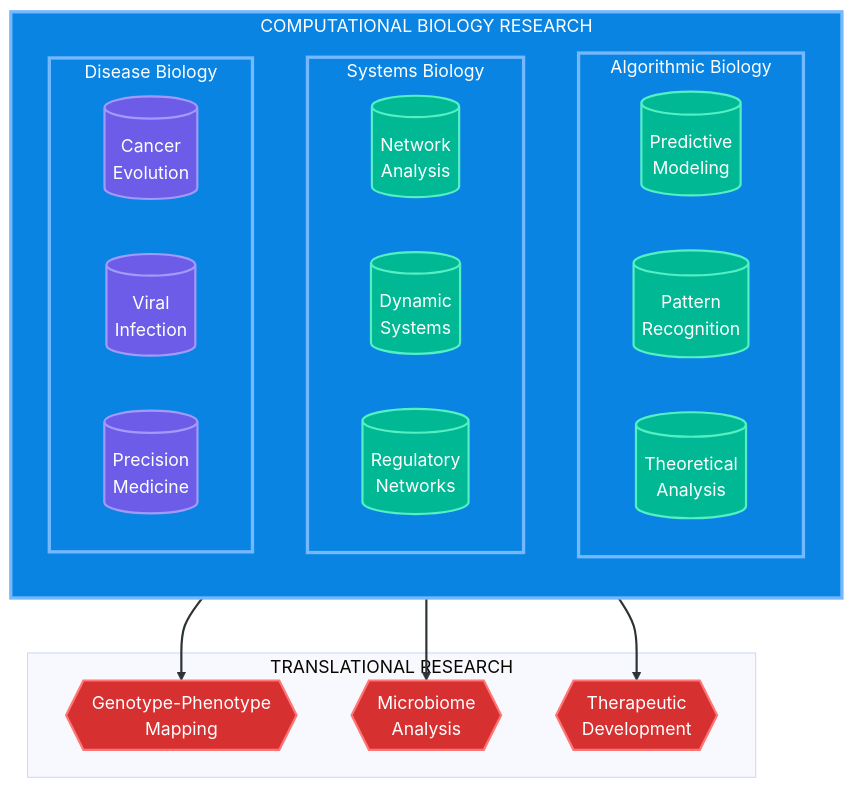
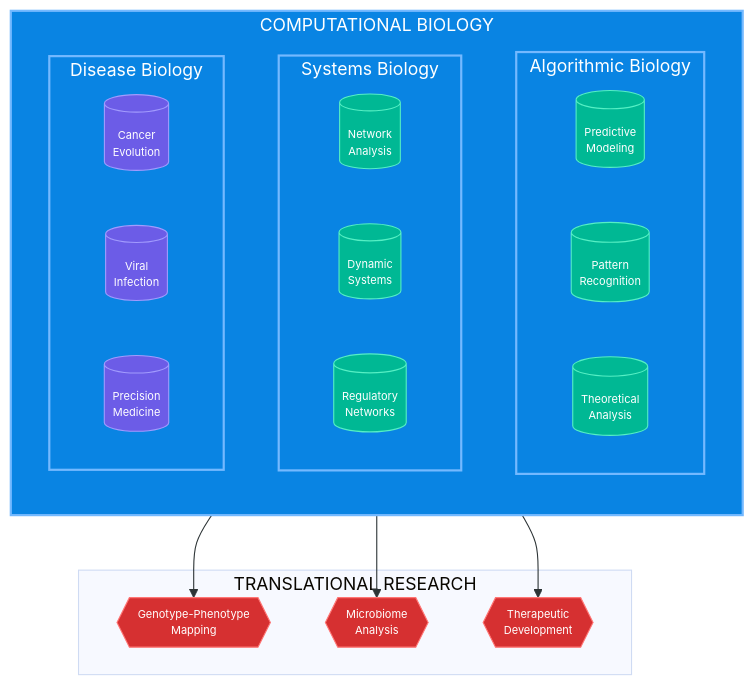
The first of 3 diagrams in README.md (dhana56/dhana56), drawn with Mermaid (base theme) before and after one commit.

Commit message:
Refactor mermaid diagram in README.md for improved clarity and styling consistency

````diff
--- a/README.md
+++ b/README.md
@@ -41,52 +41,50 @@
 ```mermaid
 graph TB
     %% Core Research Domains
-    subgraph CORE["COMPUTATIONAL BIOLOGY RESEARCH"]
+    subgraph CORE["COMPUTATIONAL BIOLOGY"]
         direction TB
         subgraph ALG["Algorithmic Biology"]
-            A1[("Predictive<br/>Modeling")]
-            A2[("Pattern<br/>Recognition")]
-            A3[("Theoretical<br/>Analysis")]
+            A1[("Predictive<br/>Modeling")]:::small
+            A2[("Pattern<br/>Recognition")]:::small
+            A3[("Theoretical<br/>Analysis")]:::small
         end
         
         subgraph SYS["Systems Biology"]
-            S1[("Network<br/>Analysis")]
-            S2[("Dynamic<br/>Systems")]
-            S3[("Regulatory<br/>Networks")]
+            S1[("Network<br/>Analysis")]:::small
+            S2[("Dynamic<br/>Systems")]:::small
+            S3[("Regulatory<br/>Networks")]:::small
         end
         
         subgraph DIS["Disease Biology"]
-            D1[("Cancer<br/>Evolution")]
-            D2[("Viral<br/>Infection")]
-            D3[("Precision<br/>Medicine")]
+            D1[("Cancer<br/>Evolution")]:::small
+            D2[("Viral<br/>Infection")]:::small
+            D3[("Precision<br/>Medicine")]:::small
         end
     end
 
-    %% Research Applications
     subgraph APPS["TRANSLATIONAL RESEARCH"]
-        T1{{"Genotype-Phenotype<br/>Mapping"}}
-        T2{{"Microbiome<br/>Analysis"}}
-        T3{{"Therapeutic<br/>Development"}}
+        T1{{"Genotype-Phenotype<br/>Mapping"}}:::small
+        T2{{"Microbiome<br/>Analysis"}}:::small
+        T3{{"Therapeutic<br/>Development"}}:::small
     end
 
-    %% Connections
     ALG --> T1
     SYS --> T2
     DIS --> T3
 
-    %% Styling
-    classDef default fill:#2d3436,stroke:#636e72,stroke-width:2px,color:#fff
-    classDef core fill:#0984e3,stroke:#74b9ff,stroke-width:3px,color:#fff
-    classDef system fill:#00b894,stroke:#55efc4,stroke-width:2px,color:#fff
-    classDef disease fill:#6c5ce7,stroke:#a29bfe,stroke-width:2px,color:#fff
-    classDef apps fill:#d63031,stroke:#ff7675,stroke-width:2px,color:#fff
-    
+    %% Styling with reduced sizes
+    classDef default fill:#2d3436,stroke:#636e72,stroke-width:1px,color:#fff
+    classDef core fill:#0984e3,stroke:#74b9ff,stroke-width:2px,color:#fff
+    classDef system fill:#00b894,stroke:#55efc4,stroke-width:1px,color:#fff
+    classDef disease fill:#6c5ce7,stroke:#a29bfe,stroke-width:1px,color:#fff
+    classDef apps fill:#d63031,stroke:#ff7675,stroke-width:1px,color:#fff
+    classDef small font-size:10px,width:100px,height:40px
+
     class CORE,ALG,SYS,DIS core
     class A1,A2,A3 system
     class S1,S2,S3 system
     class D1,D2,D3 disease
     class T1,T2,T3 apps
 
-    %% Link Styles
-    linkStyle default stroke:#2d3436,stroke-width:2px
+    linkStyle default stroke:#2d3436,stroke-width:1px
 ```
````
